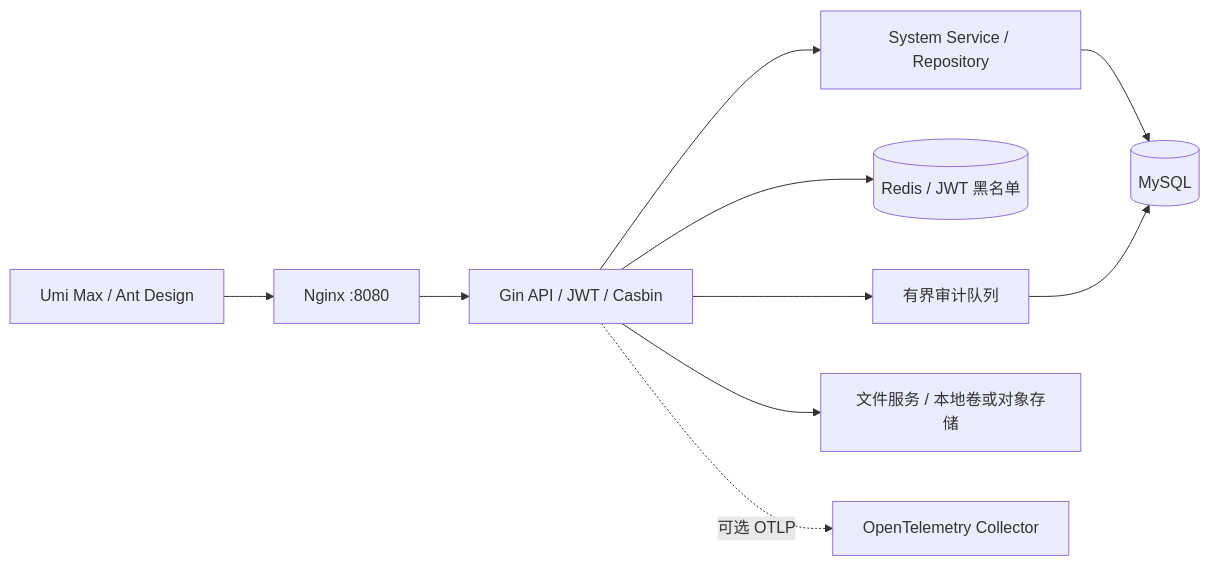
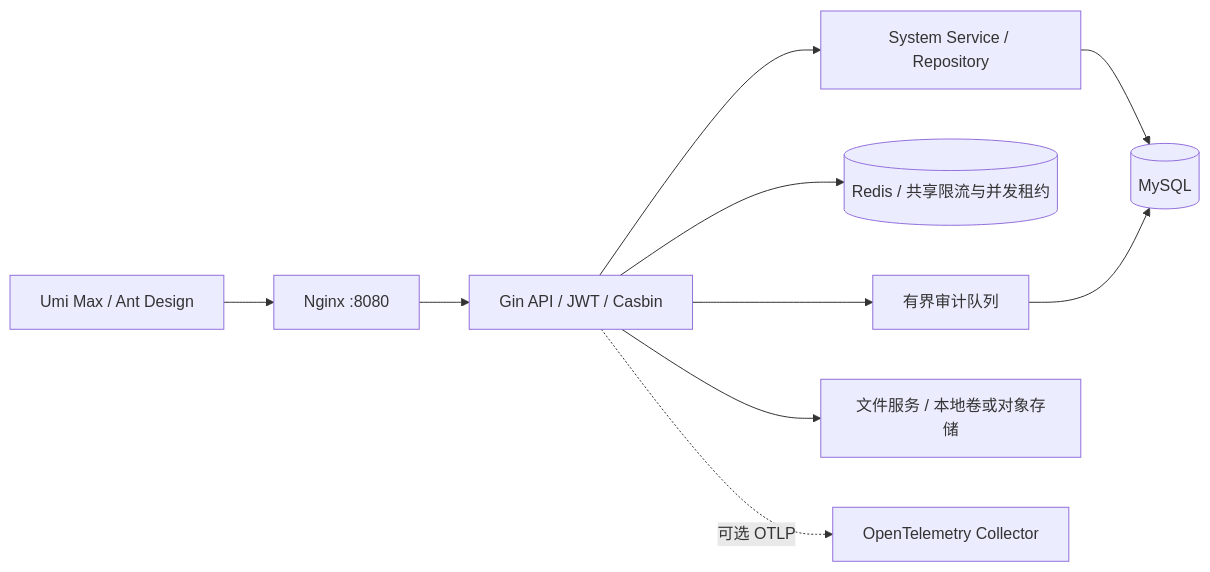
The diagram in docs/BASE_FRAME_REVIEW.md (CIPFZ/go-web-frame), drawn with Mermaid before and after one commit. The commit also changed other lines of this file and 118 other files, not shown here.

````diff
--- a/docs/BASE_FRAME_REVIEW.md
+++ b/docs/BASE_FRAME_REVIEW.md
@@ -11,12 +11,12 @@
 ```mermaid
 flowchart LR
     Browser[Umi Max / Ant Design] --> Nginx[Nginx :8080]
     Nginx --> HTTP[Gin API / JWT / Casbin]
     HTTP --> System[System Service / Repository]
     System --> SQL[(MySQL)]
-    HTTP --> Redis[(Redis / JWT 黑名单)]
+    HTTP --> Redis[(Redis / 共享限流与并发租约)]
     HTTP --> Audit[有界审计队列]
     Audit --> SQL
     HTTP --> Files[文件服务 / 本地卷或对象存储]
     HTTP -. 可选 OTLP .-> Collector[OpenTelemetry Collector]
 ```
````
